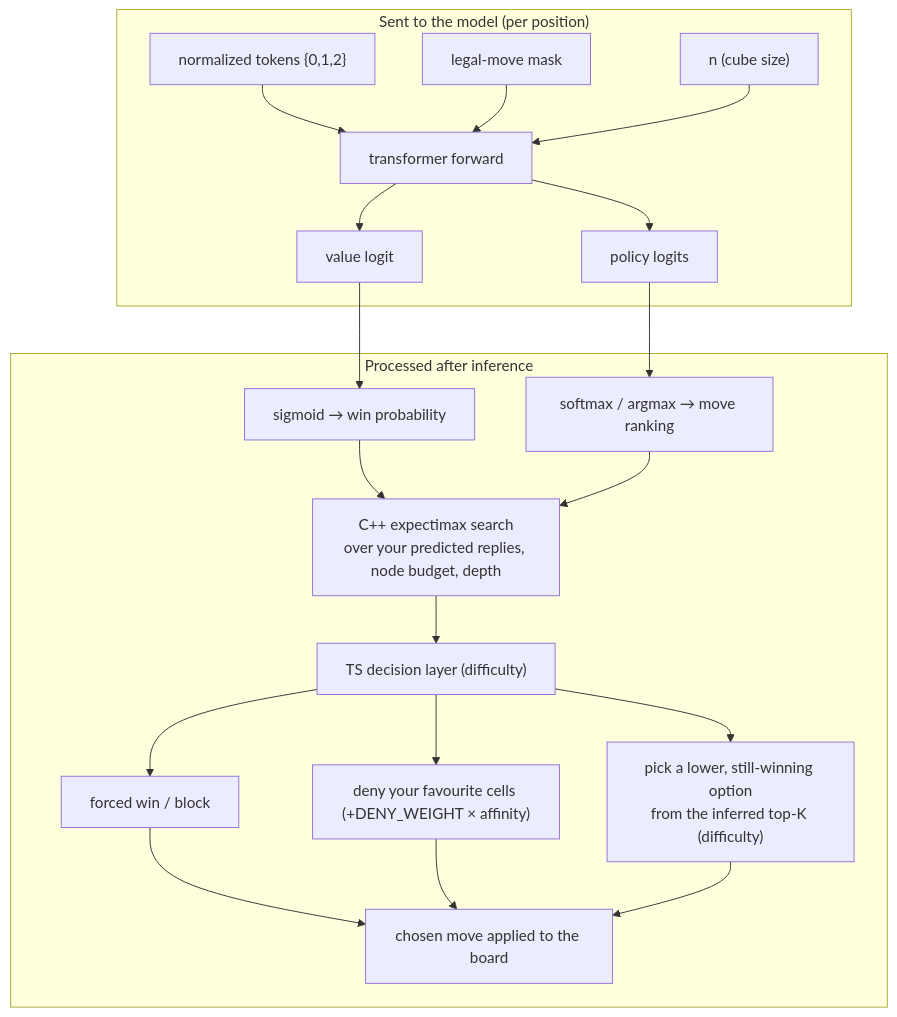
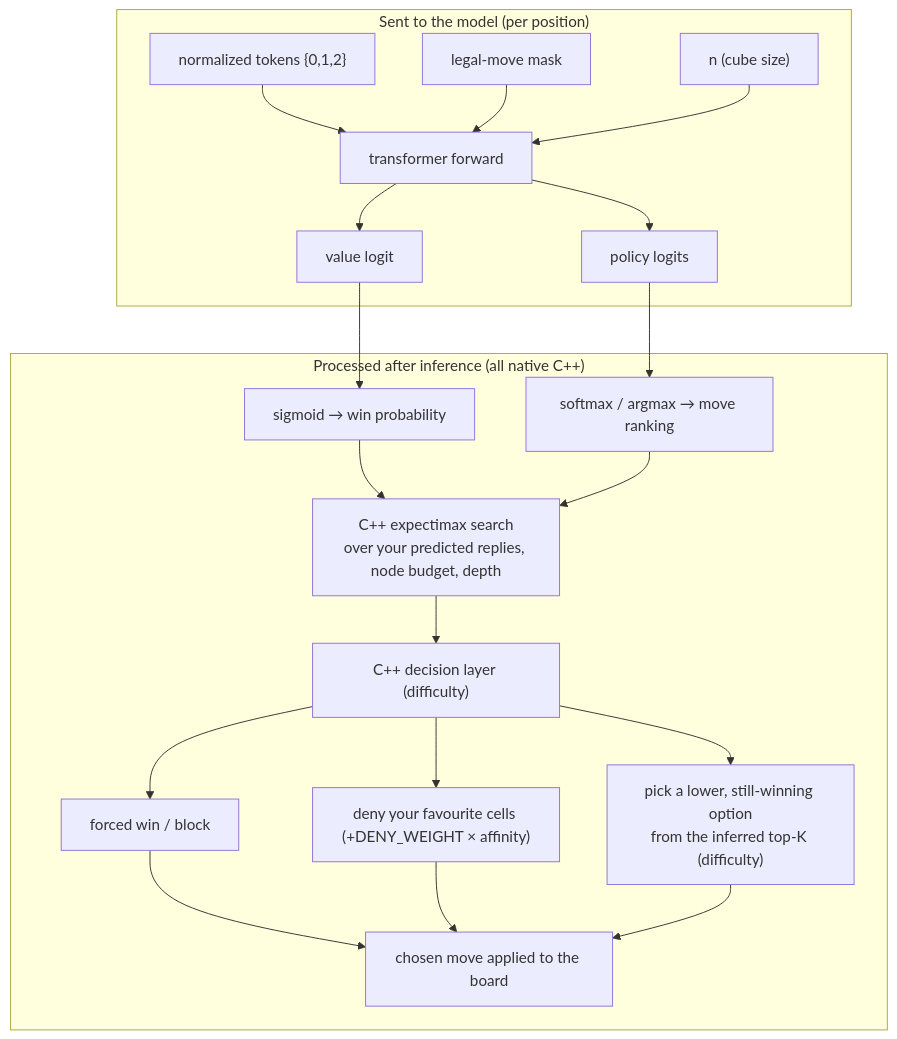
Diagram 12 of 12 in README.md (darkslayer-ns/3d-tiktactoe), drawn with Mermaid before and after one commit. The commit also changed other lines of this file and 2 other files, not shown here.

Commit message:
docs: reflect native AI session (search/hint/memory/profiles now C++)

````diff
--- a/README.md
+++ b/README.md
@@ -629,23 +635,23 @@
 ```mermaid
 flowchart TD
     subgraph SEND["Sent to the model (per position)"]
         A["normalized tokens {0,1,2}"] --> F["transformer forward"]
         B["legal-move mask"] --> F
         C["n (cube size)"] --> F
         F --> V["value logit"]
         F --> PL["policy logits"]
     end
-    subgraph POST["Processed after inference"]
+    subgraph POST["Processed after inference (all native C++)"]
         V --> S1["sigmoid → win probability"]
         PL --> S2["softmax / argmax → move ranking"]
         S1 --> S["C++ expectimax search<br/>over your predicted replies, node budget, depth"]
         S2 --> S
-        S --> TS["TS decision layer (difficulty)"]
+        S --> TS["C++ decision layer (difficulty)"]
         TS --> W["forced win / block"]
         TS --> D["deny your favourite cells (+DENY_WEIGHT × affinity)"]
         TS --> K["pick a lower, still-winning option<br/>from the inferred top-K (difficulty)"]
         W --> MOVE["chosen move applied to the board"]
         D --> MOVE
         K --> MOVE
     end
 ```
````
